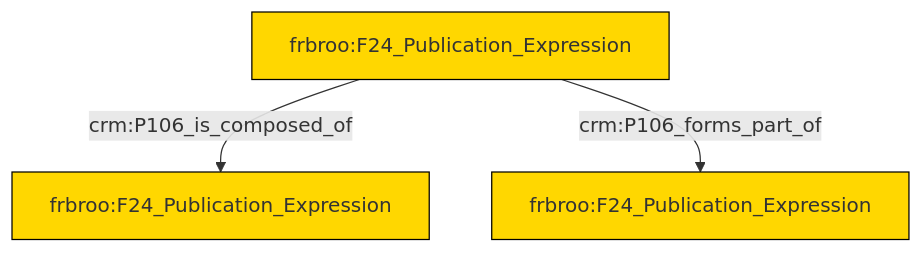
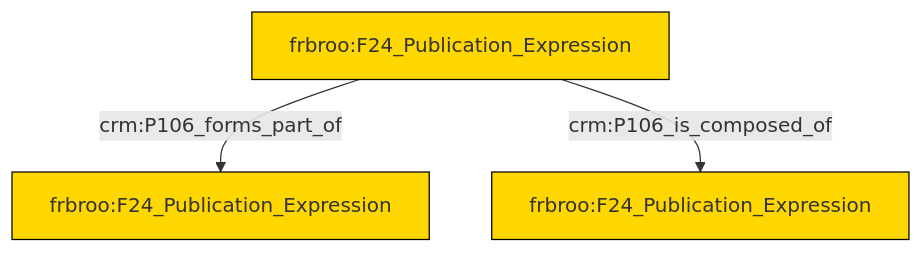
One commit to swiss-art-research-net/reference-data-models changed the diagram in et/biblioCSV/ttl/mmd/biblio_parthood.ttl.mmd. Above: the diagram before and after it, drawn with Mermaid. The commit also changed 157 other files, not shown here.

```diff
--- a/et/biblioCSV/ttl/mmd/biblio_parthood.ttl.mmd
+++ b/et/biblioCSV/ttl/mmd/biblio_parthood.ttl.mmd
@@ -1,17 +1,17 @@
 graph TD
 classDef Literal fill:#f2f2f2,stroke:#000000;
 classDef CRM_Entity fill:#FFFFFF,stroke:#000000;
 classDef Temporal_Entity fill:#00C9E6, stroke:#000000;
 classDef Type fill:#E18312, stroke:#000000;
 classDef Time-Span fill:#2C9C91, stroke:#000000;
 classDef Appellation fill:#FFEB7F, stroke:#000000;
 classDef Place fill:#008836, stroke:#000000;
 classDef Persistent_Item fill:#B266B2, stroke:#000000;
 classDef Conceptual_Object fill:#FFD700, stroke:#000000;
 classDef Physical_Thing fill:#D2B48C, stroke:#000000;
 classDef Actor fill:#f58aad, stroke:#000000;
 classDef PC_Classes fill:#4ce600, stroke:#000000;
 classDef Multi fill:#cccccc,stroke:#000000;
 
-2["frbroo:F24_Publication_Expression"]:::Conceptual_Object -->|crm:P106_is_composed_of| 0["frbroo:F24_Publication_Expression"]:::Conceptual_Object
-2["frbroo:F24_Publication_Expression"]:::Conceptual_Object -->|crm:P106_forms_part_of| 4["frbroo:F24_Publication_Expression"]:::Conceptual_Object
+0["frbroo:F24_Publication_Expression"]:::Conceptual_Object -->|crm:P106_forms_part_of| 1["frbroo:F24_Publication_Expression"]:::Conceptual_Object
+0["frbroo:F24_Publication_Expression"]:::Conceptual_Object -->|crm:P106_is_composed_of| 2["frbroo:F24_Publication_Expression"]:::Conceptual_Object
```
